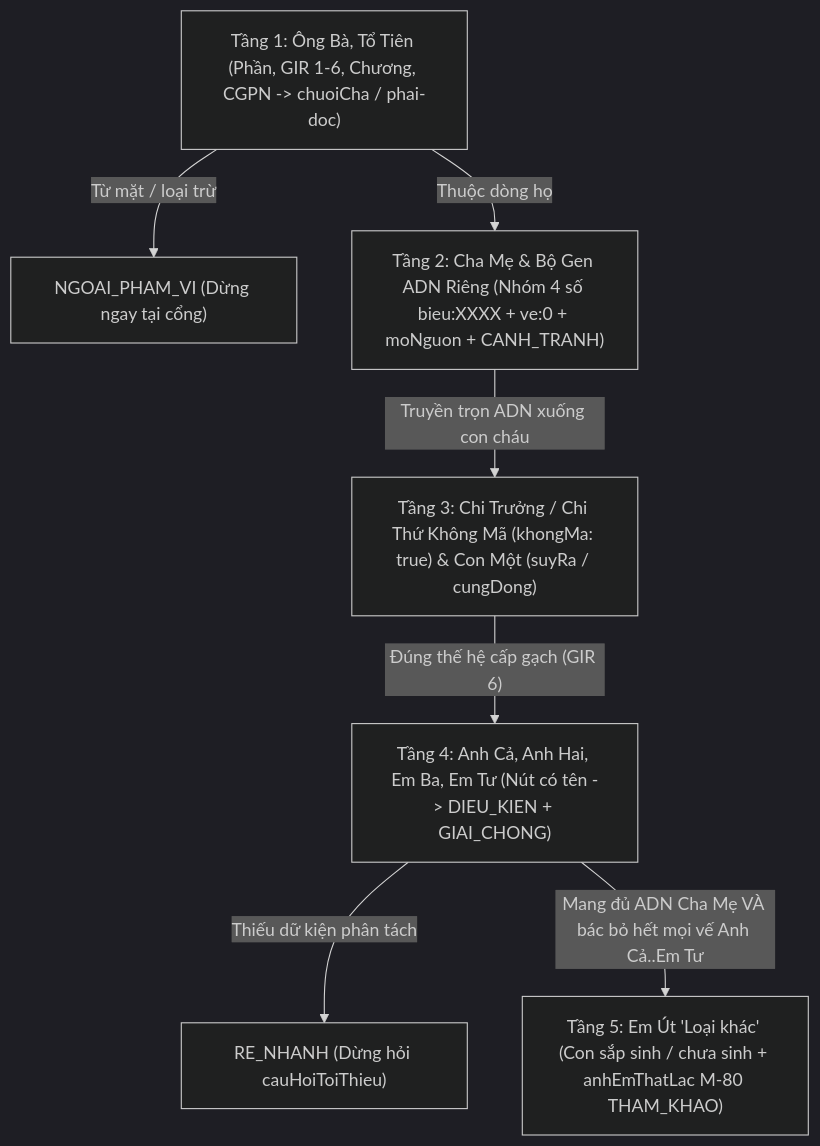
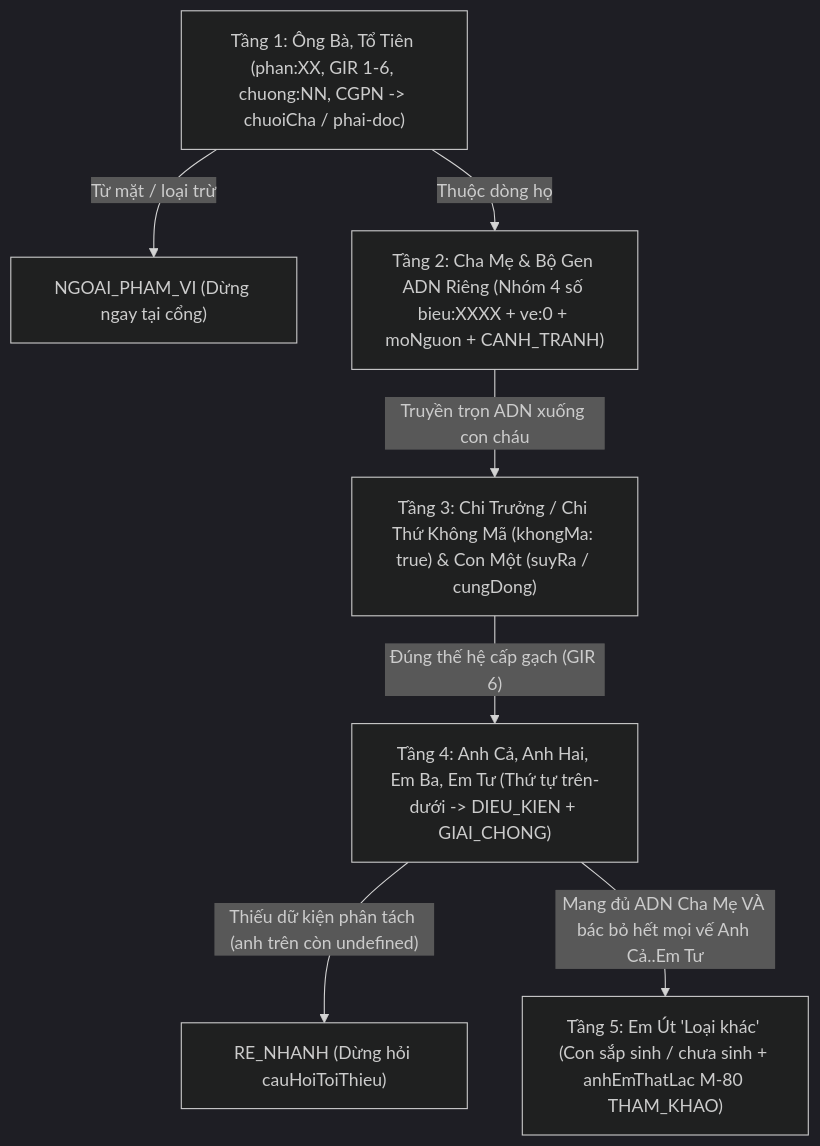
Before and after one commit to ozvietnam/hs-code-api: the diagram in .agents/skills/doc-tron-nhom/SKILL.md, drawn with Mermaid (dark theme). The commit also changed other lines of this file and 5 other files, not shown here.

````diff
--- a/.agents/skills/doc-tron-nhom/SKILL.md
+++ b/.agents/skills/doc-tron-nhom/SKILL.md
@@ -39,9 +41,9 @@
 ```mermaid
 flowchart TD
-  T1["Tầng 1: Ông Bà, Tổ Tiên (Phần, GIR 1-6, Chương, CGPN -> chuoiCha / phai-doc)"] -->|"Từ mặt / loại trừ"| OUT["NGOAI_PHAM_VI (Dừng ngay tại cổng)"]
+  T1["Tầng 1: Ông Bà, Tổ Tiên (phan:XX, GIR 1-6, chuong:NN, CGPN -> chuoiCha / phai-doc)"] -->|"Từ mặt / loại trừ"| OUT["NGOAI_PHAM_VI (Dừng ngay tại cổng)"]
   T1 -->|"Thuộc dòng họ"| T2["Tầng 2: Cha Mẹ & Bộ Gen ADN Riêng (Nhóm 4 số bieu:XXXX + ve:0 + moNguon + CANH_TRANH)"]
   T2 -->|"Truyền trọn ADN xuống con cháu"| T3["Tầng 3: Chi Trưởng / Chi Thứ Không Mã (khongMa: true) & Con Một (suyRa / cungDong)"]
-  T3 -->|"Đúng thế hệ cấp gạch (GIR 6)"| T4["Tầng 4: Anh Cả, Anh Hai, Em Ba, Em Tư (Nút có tên -> DIEU_KIEN + GIAI_CHONG)"]
-  T4 -->|"Thiếu dữ kiện phân tách"| ASK["RE_NHANH (Dừng hỏi cauHoiToiThieu)"]
+  T3 -->|"Đúng thế hệ cấp gạch (GIR 6)"| T4["Tầng 4: Anh Cả, Anh Hai, Em Ba, Em Tư (Thứ tự trên-dưới -> DIEU_KIEN + GIAI_CHONG)"]
+  T4 -->|"Thiếu dữ kiện phân tách (anh trên còn undefined)"| ASK["RE_NHANH (Dừng hỏi cauHoiToiThieu)"]
   T4 -->|"Mang đủ ADN Cha Mẹ VÀ bác bỏ hết mọi vế Anh Cả..Em Tư"| T5["Tầng 5: Em Út 'Loại khác' (Con sắp sinh / chưa sinh + anhEmThatLac M-80 THAM_KHAO)"]
 ```
````
